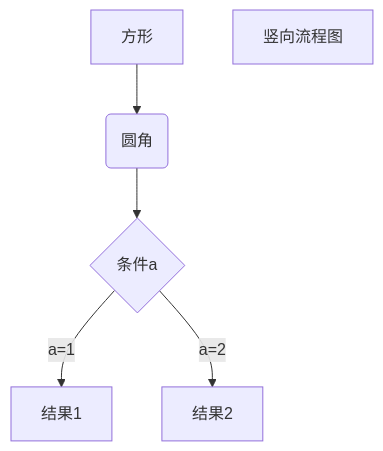
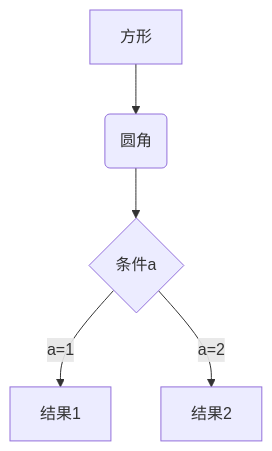
The second of 10 diagrams in docs/help/4. Mermaid.md (dxslin/SlinNotes), drawn with Mermaid before and after one commit. The commit also changed other lines of this file and 2 other files, not shown here.

Commit message:
添加更多Mermaid示例图

````diff
--- a/docs/help/4. Mermaid.md
+++ b/docs/help/4. Mermaid.md
@@ -55,8 +27,7 @@
 ```mermaid
 graph TD
 A[方形] --> B(圆角)
     B --> C{条件a}
     C --> |a=1| D[结果1]
     C --> |a=2| E[结果2]
-    F[竖向流程图]
 ```
````
